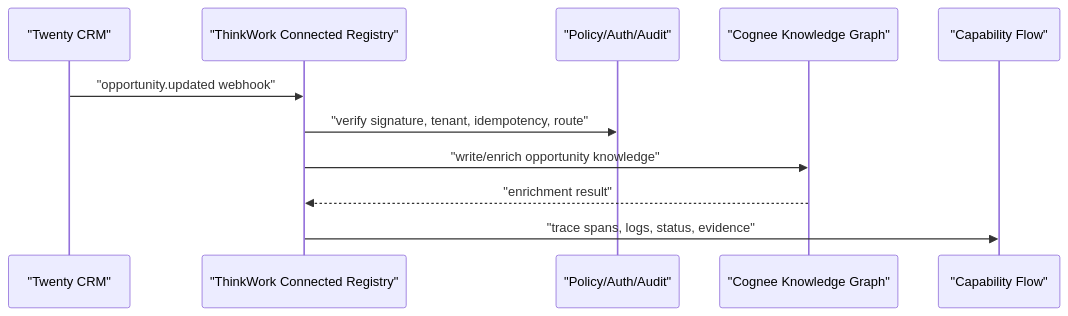
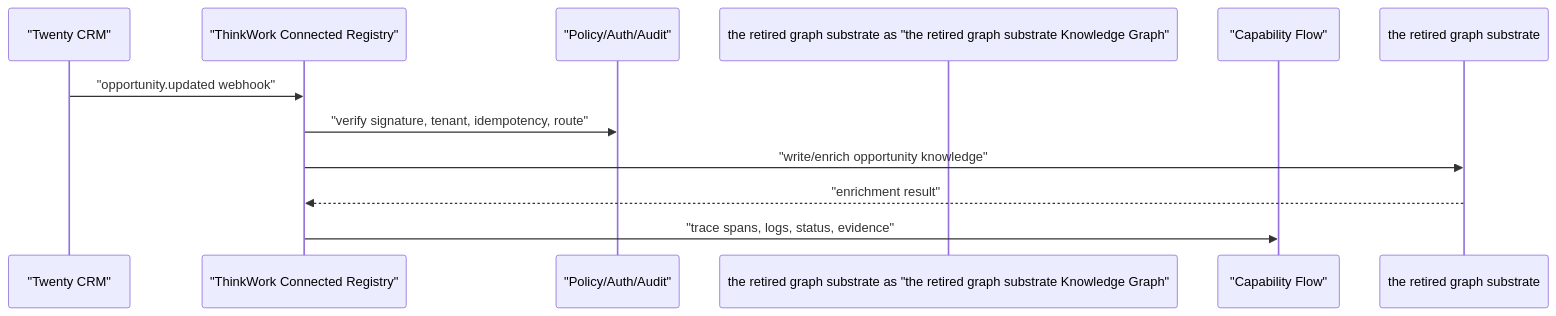
The diagram in docs/brainstorms/2026-06-08-connected-application-registry-requirements.md (thinkwork-ai/thinkwork), drawn with Mermaid before and after one commit. The commit also changed other lines of this file and 223 other files, not shown here.

Commit message:
refactor: finish graph substrate cleanup

````diff
--- a/docs/brainstorms/2026-06-08-connected-application-registry-requirements.md
+++ b/docs/brainstorms/2026-06-08-connected-application-registry-requirements.md
@@ -27,14 +27,14 @@
 ```mermaid
 sequenceDiagram
     participant Twenty as "Twenty CRM"
     participant Hub as "ThinkWork Connected Registry"
     participant Policy as "Policy/Auth/Audit"
-    participant Cognee as "Cognee Knowledge Graph"
+    participant the retired graph substrate as "the retired graph substrate Knowledge Graph"
     participant Flow as "Capability Flow"
 
     Twenty->>Hub: "opportunity.updated webhook"
     Hub->>Policy: "verify signature, tenant, idempotency, route"
-    Hub->>Cognee: "write/enrich opportunity knowledge"
-    Cognee-->>Hub: "enrichment result"
+    Hub->>the retired graph substrate: "write/enrich opportunity knowledge"
+    the retired graph substrate-->>Hub: "enrichment result"
     Hub->>Flow: "trace spans, logs, status, evidence"
 ```
````
